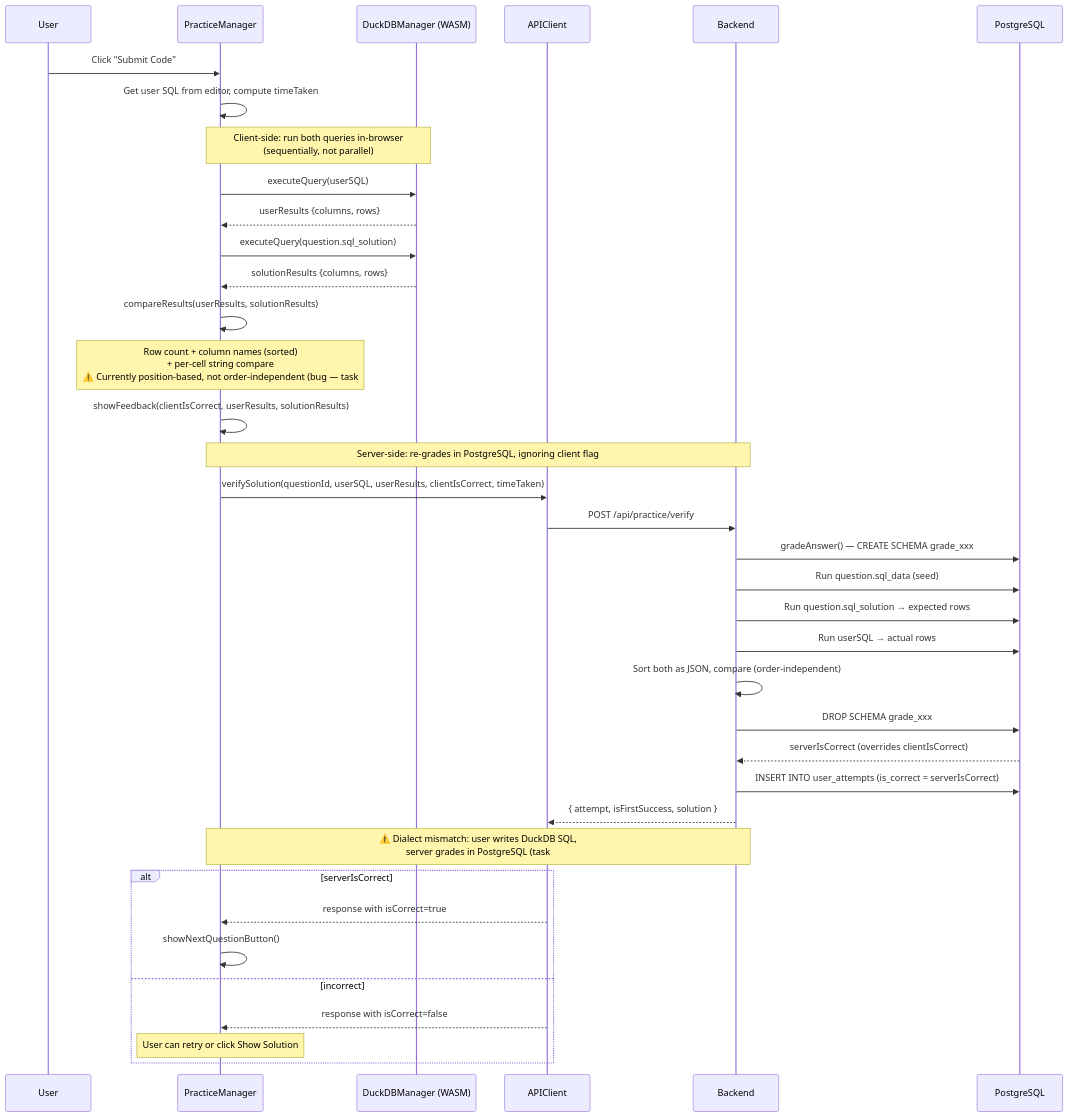
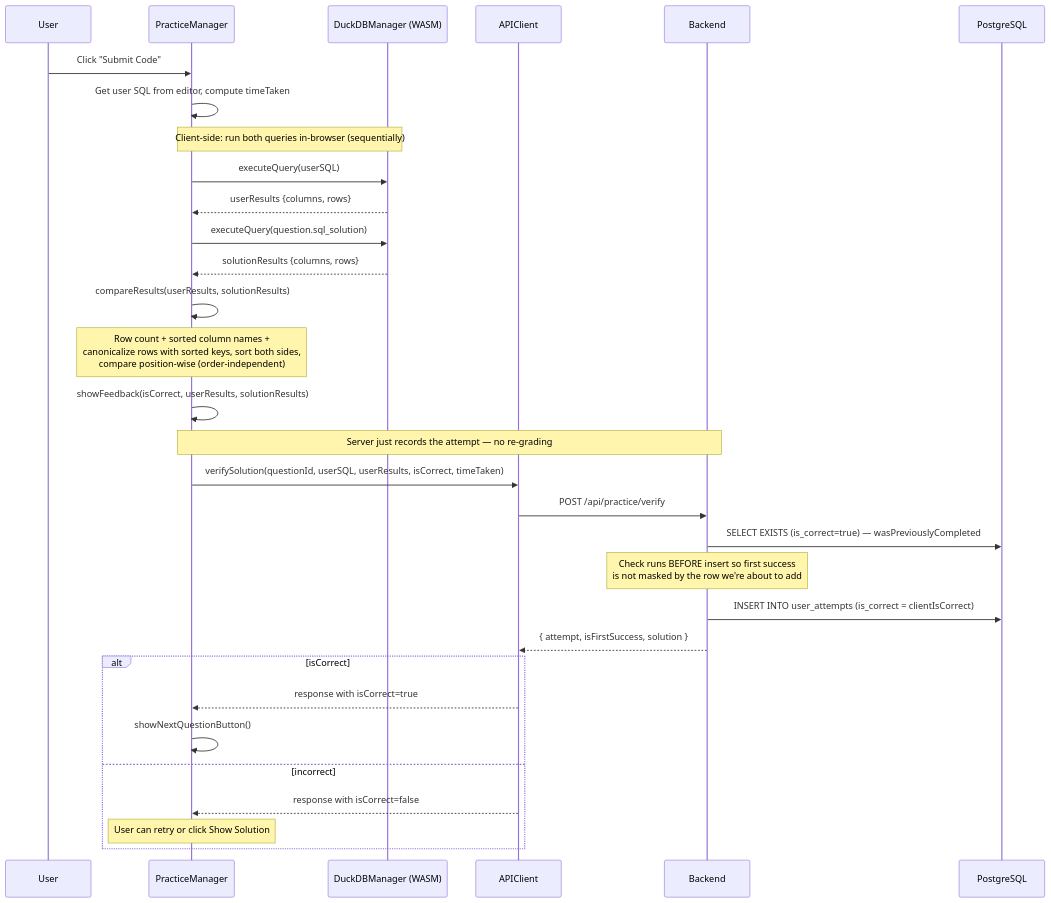
One commit to prateekpanjla-outlook/duckdb-wasm-ide changed the fifth of 7 diagrams in docs/sequence-diagram.md. Above: the diagram before and after it, drawn with Mermaid.

Commit message:
docs: update diagram #5 to reflect client-side grading

````diff
--- a/docs/sequence-diagram.md
+++ b/docs/sequence-diagram.md
@@ -162,45 +162,38 @@
 ```mermaid
 sequenceDiagram
     participant U as User
     participant PM as PracticeManager
     participant DM as DuckDBManager (WASM)
     participant API as APIClient
     participant BE as Backend
     participant PG as PostgreSQL
 
     U->>PM: Click "Submit Code"
     PM->>PM: Get user SQL from editor, compute timeTaken
 
-    Note over PM,DM: Client-side: run both queries in-browser<br/>(sequentially, not parallel)
+    Note over PM,DM: Client-side: run both queries in-browser (sequentially)
     PM->>DM: executeQuery(userSQL)
     DM-->>PM: userResults {columns, rows}
     PM->>DM: executeQuery(question.sql_solution)
     DM-->>PM: solutionResults {columns, rows}
 
     PM->>PM: compareResults(userResults, solutionResults)
-    Note over PM: Row count + column names (sorted)<br/>+ per-cell string compare<br/>⚠️ Currently position-based, not order-independent (bug — task #71)
-    PM->>PM: showFeedback(clientIsCorrect, userResults, solutionResults)
+    Note over PM: Row count + sorted column names +<br/>canonicalize rows with sorted keys, sort both sides,<br/>compare position-wise (order-independent)
+    PM->>PM: showFeedback(isCorrect, userResults, solutionResults)
 
-    Note over PM,BE: Server-side: re-grades in PostgreSQL, ignoring client flag
-    PM->>API: verifySolution(questionId, userSQL, userResults, clientIsCorrect, timeTaken)
+    Note over PM,BE: Server just records the attempt — no re-grading
+    PM->>API: verifySolution(questionId, userSQL, userResults, isCorrect, timeTaken)
     API->>BE: POST /api/practice/verify
-    BE->>PG: gradeAnswer() — CREATE SCHEMA grade_xxx
-    BE->>PG: Run question.sql_data (seed)
-    BE->>PG: Run question.sql_solution → expected rows
-    BE->>PG: Run userSQL → actual rows
-    BE->>BE: Sort both as JSON, compare (order-independent)
-    BE->>PG: DROP SCHEMA grade_xxx
-    PG-->>BE: serverIsCorrect (overrides clientIsCorrect)
-    BE->>PG: INSERT INTO user_attempts (is_correct = serverIsCorrect)
+    BE->>PG: SELECT EXISTS (is_correct=true) — wasPreviouslyCompleted
+    Note over BE: Check runs BEFORE insert so first success<br/>is not masked by the row we're about to add
+    BE->>PG: INSERT INTO user_attempts (is_correct = clientIsCorrect)
     BE-->>API: { attempt, isFirstSuccess, solution }
 
-    Note over PM,BE: ⚠️ Dialect mismatch: user writes DuckDB SQL,<br/>server grades in PostgreSQL (task #71 removes this)
-
-    alt serverIsCorrect
+    alt isCorrect
         API-->>PM: response with isCorrect=true
         PM->>PM: showNextQuestionButton()
     else incorrect
         API-->>PM: response with isCorrect=false
         Note over PM: User can retry or click Show Solution
     end
 ```
````
